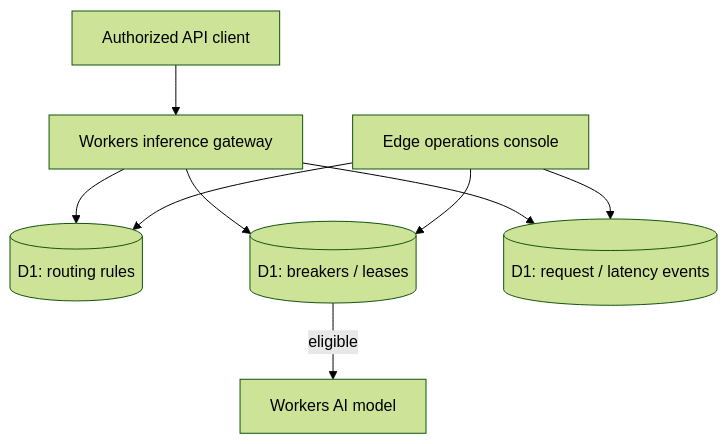
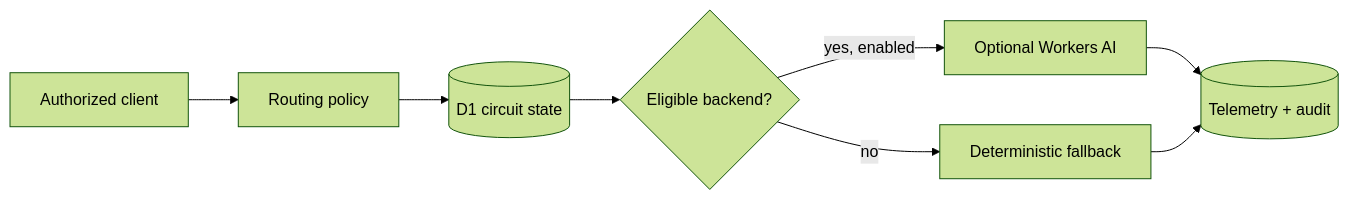
Before and after one commit to amiddlebrook/KestrelMesh: the diagram in README.md, drawn with Mermaid (forest theme). The commit also changed other lines of this file and 4 other files, not shown here.

````diff
--- a/README.md
+++ b/README.md
@@ -53,11 +57,10 @@
 ```mermaid
-flowchart TD
-  Client[Authorized API client] --> Gateway[Workers inference gateway]
-  Gateway --> Policy[(D1: routing rules)]
-  Gateway --> Circuit[(D1: breakers / leases)]
-  Circuit -->|eligible| Provider[Workers AI model]
-  Gateway --> Telemetry[(D1: request / latency events)]
-  Console[Edge operations console] --> Policy
-  Console --> Circuit
-  Console --> Telemetry
+flowchart LR
+  C[Authorized client] --> P[Routing policy]
+  P --> B[(D1 circuit state)]
+  B --> G{Eligible backend?}
+  G -->|yes, enabled| AI[Optional Workers AI]
+  G -->|no| F[Deterministic fallback]
+  AI --> T[(Telemetry + audit)]
+  F --> T
 ```
````
